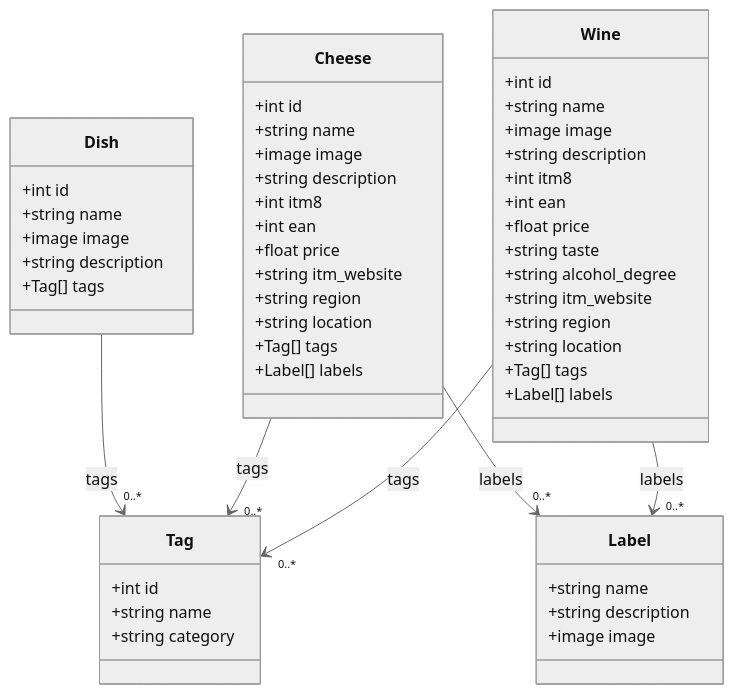
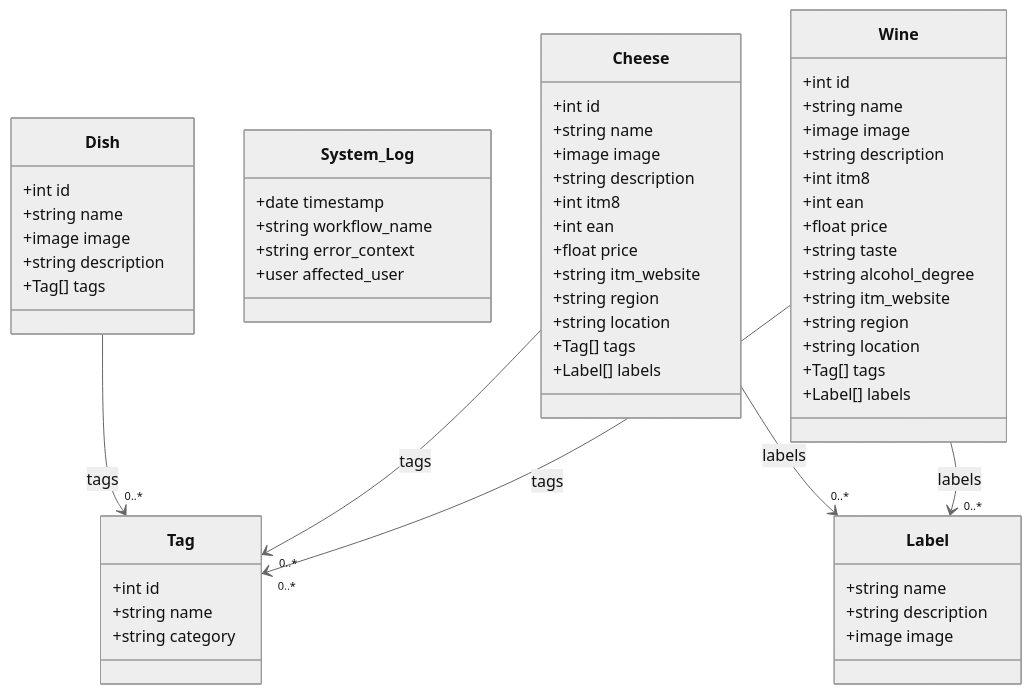
The seventh of 12 diagrams in documents/technical_specification/technical_specification.md (algosup/2024-2025-project-5-bubble-intermarche-team-8), drawn with Mermaid (neutral theme) before and after one commit. The commit also changed other lines of this file, not shown here.

````diff
--- a/documents/technical_specification/technical_specification.md
+++ b/documents/technical_specification/technical_specification.md
@@ -581,62 +575,69 @@
 ```mermaid
 classDiagram
     class Wine {
         +int id
         +string name
         +image image
         +string description
         +int itm8
         +int ean
         +float price
         +string taste
         +string alcohol_degree
         +string itm_website
         +string region
         +string location
         +Tag[] tags
         +Label[] labels
+    }
+
+    class System_Log {
+        +date timestamp
+        +string workflow_name
+        +string error_context
+        +user affected_user
     }
 
     class Cheese {
         +int id
         +string name
         +image image
         +string description
         +int itm8
         +int ean
         +float price
         +string itm_website
         +string region
         +string location
         +Tag[] tags
         +Label[] labels
     }
 
     class Dish {
         +int id
         +string name
         +image image
         +string description
         +Tag[] tags
     }
 
     class Tag {
         +int id
         +string name
         +string category
     }
 
     class Label {
         +string name
         +string description
         +image image
     }
 
     %% Relationships (UML associations)
     Wine --> "0..*" Tag : tags
     Cheese --> "0..*" Tag : tags
     Dish --> "0..*" Tag : tags
 
     Wine --> "0..*" Label : labels
     Cheese --> "0..*" Label : labels
 ```
````
